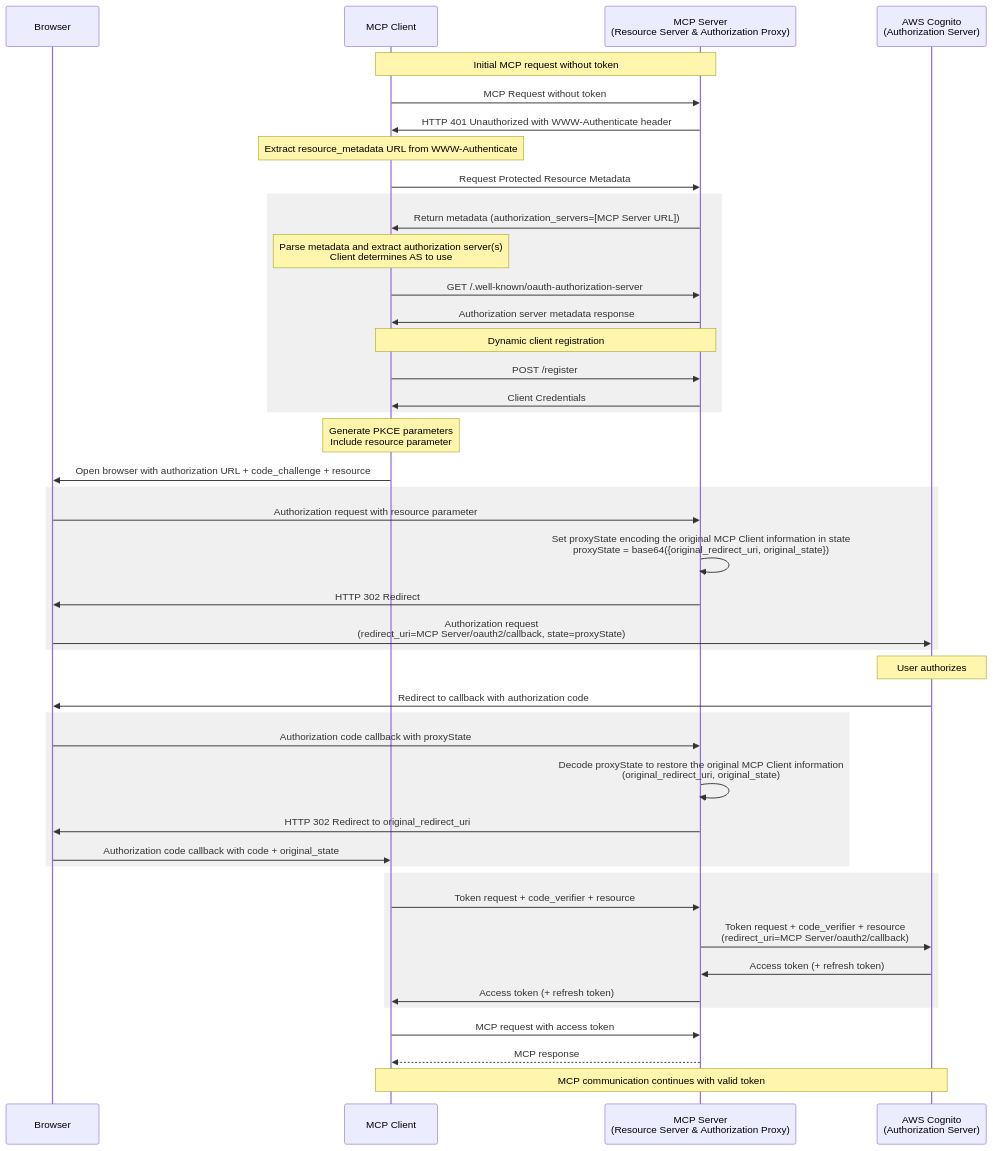
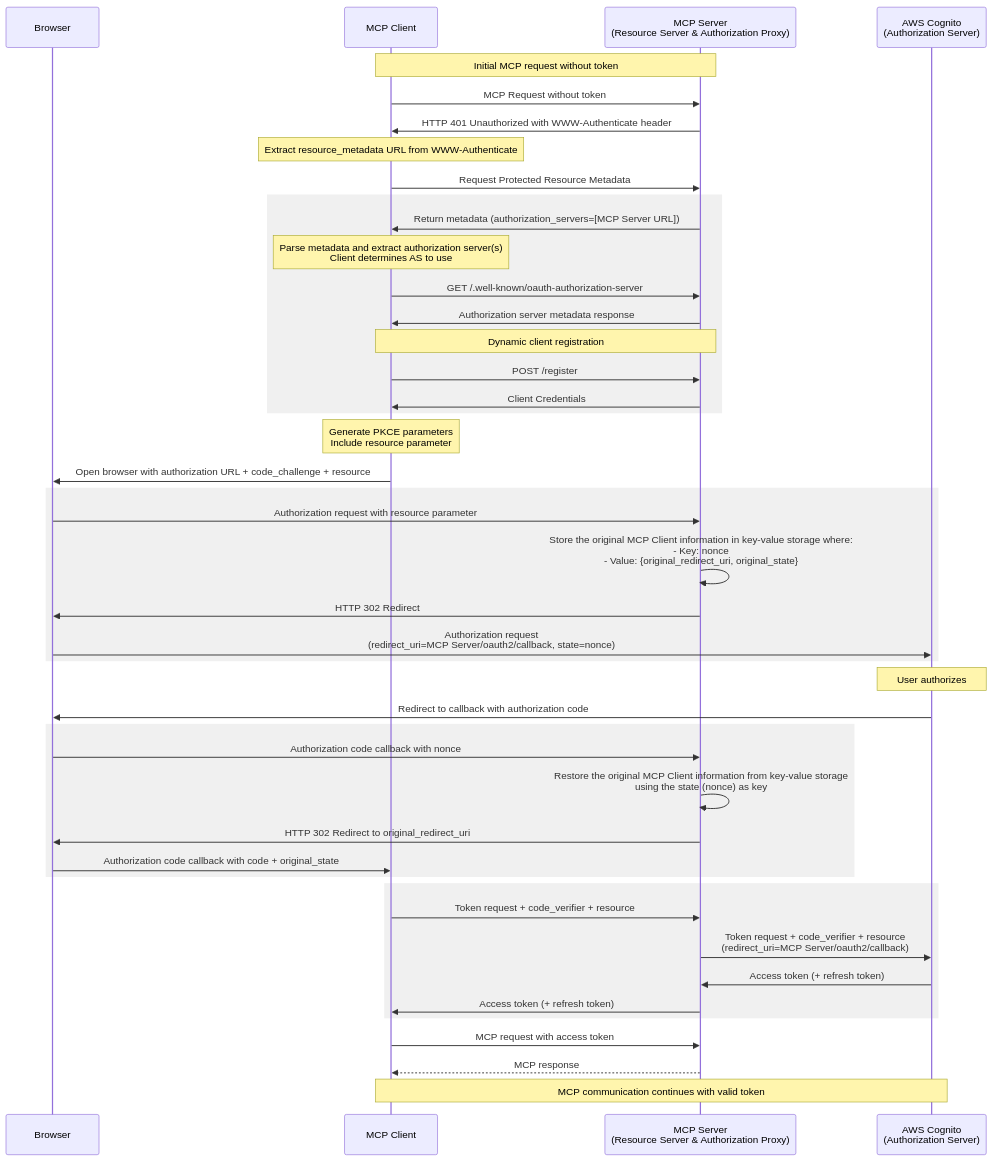
The third of 14 diagrams in app/articles/2025/202509/remote-mcp-server-with-auth.mdx (sunadoi/blog), drawn with Mermaid before and after one commit. The commit also changed other lines of this file, not shown here.

````diff
--- a/app/articles/2025/202509/remote-mcp-server-with-auth.mdx
+++ b/app/articles/2025/202509/remote-mcp-server-with-auth.mdx
@@ -241,55 +246,55 @@
 ```mermaid
 sequenceDiagram
     participant Browser as Browser
     participant Client as MCP Client
     participant Server as MCP Server<br/>(Resource Server & Authorization Proxy)
     participant Cognito as AWS Cognito<br/>(Authorization Server)
 
     Note over Client,Server: Initial MCP request without token
     Client->>Server: MCP Request without token
     Server->>Client: HTTP 401 Unauthorized with WWW-Authenticate header
 
     Note over Client: Extract resource_metadata URL from WWW-Authenticate
     Client->>Server: Request Protected Resource Metadata
     rect rgb(240, 240, 240)
       Server->>Client: Return metadata (authorization_servers=[MCP Server URL])
 
       Note over Client: Parse metadata and extract authorization server(s)<br/>Client determines AS to use
       Client->>Server: GET /.well-known/oauth-authorization-server
       Server->>Client: Authorization server metadata response
 
       Note over Client,Server: Dynamic client registration
       Client->>Server: POST /register
       Server->>Client: Client Credentials
     end
 
     Note over Client: Generate PKCE parameters<br/>Include resource parameter
     Client->>Browser: Open browser with authorization URL + code_challenge + resource
     rect rgb(240, 240, 240)
       Browser->>Server: Authorization request with resource parameter
-      Server->>Server: Set proxyState encoding the original MCP Client information in state<br/> proxyState = base64({original_redirect_uri, original_state})
+      Server->>Server: Store the original MCP Client information in key-value storage where:<br/>- Key: nonce<br/>- Value: {original_redirect_uri, original_state}
       Server->>Browser: HTTP 302 Redirect
-      Browser->>Cognito: Authorization request<br/>(redirect_uri=MCP Server/oauth2/callback, state=proxyState)
+      Browser->>Cognito: Authorization request<br/>(redirect_uri=MCP Server/oauth2/callback, state=nonce)
     end
 
     Note over Cognito: User authorizes
     Cognito->>Browser: Redirect to callback with authorization code
     rect rgb(240, 240, 240)
-      Browser->>Server: Authorization code callback with proxyState
-      Server->>Server: Decode proxyState to restore the original MCP Client information<br/>(original_redirect_uri, original_state)
+      Browser->>Server: Authorization code callback with nonce
+      Server->>Server: Restore the original MCP Client information from key-value storage<br/>using the state (nonce) as key
       Server->>Browser: HTTP 302 Redirect to original_redirect_uri
       Browser->>Client: Authorization code callback with code + original_state
     end
 
     rect rgb(240, 240, 240)
       Client->>Server: Token request + code_verifier + resource
       Server->>Cognito: Token request + code_verifier + resource<br/>(redirect_uri=MCP Server/oauth2/callback)
       Cognito->>Server: Access token (+ refresh token)
       Server->>Client: Access token (+ refresh token)
     end
 
     Client->>Server: MCP request with access token
     Server-->>Client: MCP response
 
     Note over Client,Cognito: MCP communication continues with valid token
 ```
````
